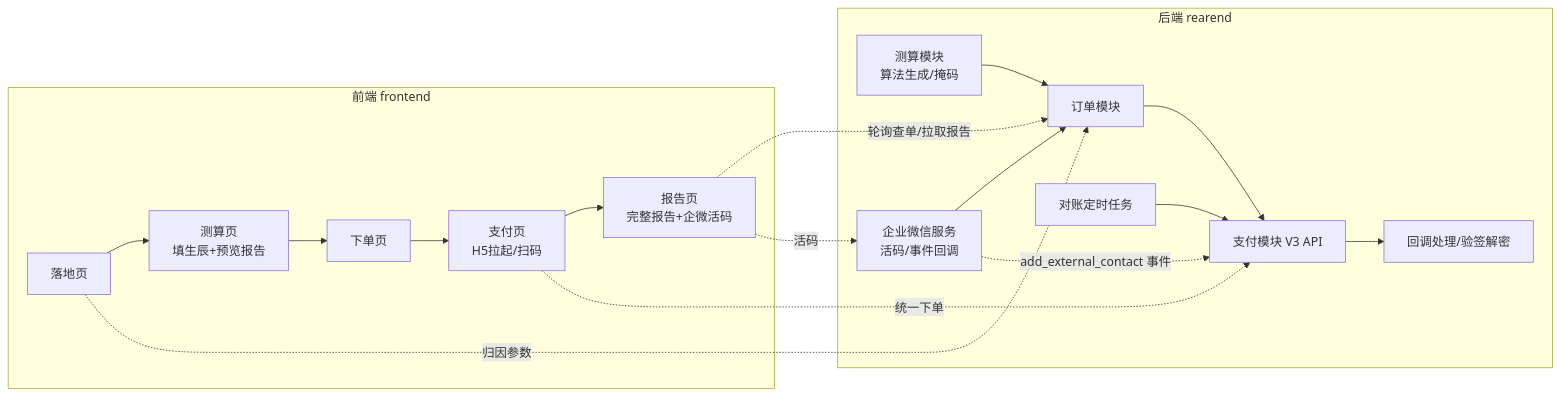
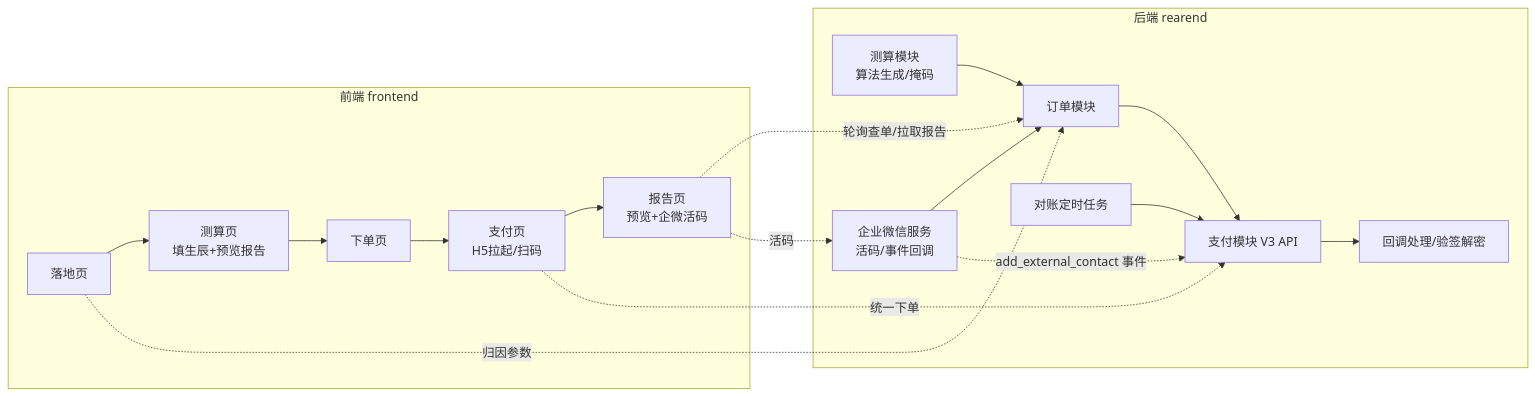
One commit to LiquorXR/yycs changed the second of 5 diagrams in doc/开发文档.md. Above: the diagram before and after it, drawn with Mermaid. The commit also changed other lines of this file and 1 other file, not shown here.

````diff
--- a/doc/开发文档.md
+++ b/doc/开发文档.md
@@ -59,21 +59,21 @@
 ```mermaid
 graph LR
     subgraph 前端 frontend
         L[落地页] --> T[测算页<br/>填生辰+预览报告]
         T --> O[下单页]
         O --> P[支付页<br/>H5拉起/扫码]
-        P --> R[报告页<br/>完整报告+企微活码]
+        P --> R[报告页<br/>预览+企微活码]
     end
     subgraph 后端 rearend
         M[测算模块<br/>算法生成/掩码] --> A[订单模块]
         A --> B[支付模块 V3 API]
         B --> C[回调处理/验签解密]
         E[对账定时任务] --> B
         W[企业微信服务<br/>活码/事件回调] --> A
     end
     P -.统一下单.-> B
     R -.轮询查单/拉取报告.-> A
     R -.活码.-> W
     W -.add_external_contact 事件.-> B
     L -.归因参数.-> A
 ```
````
